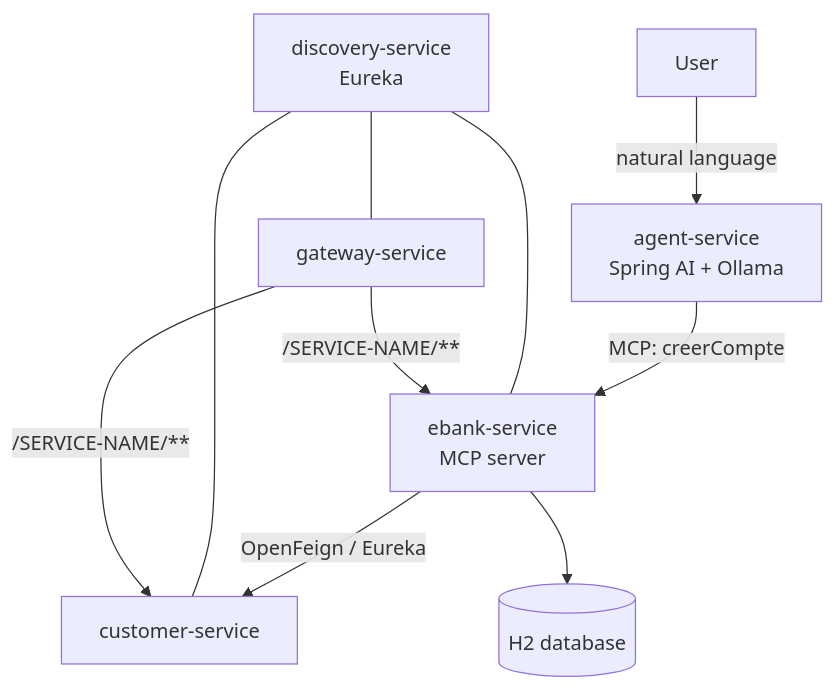
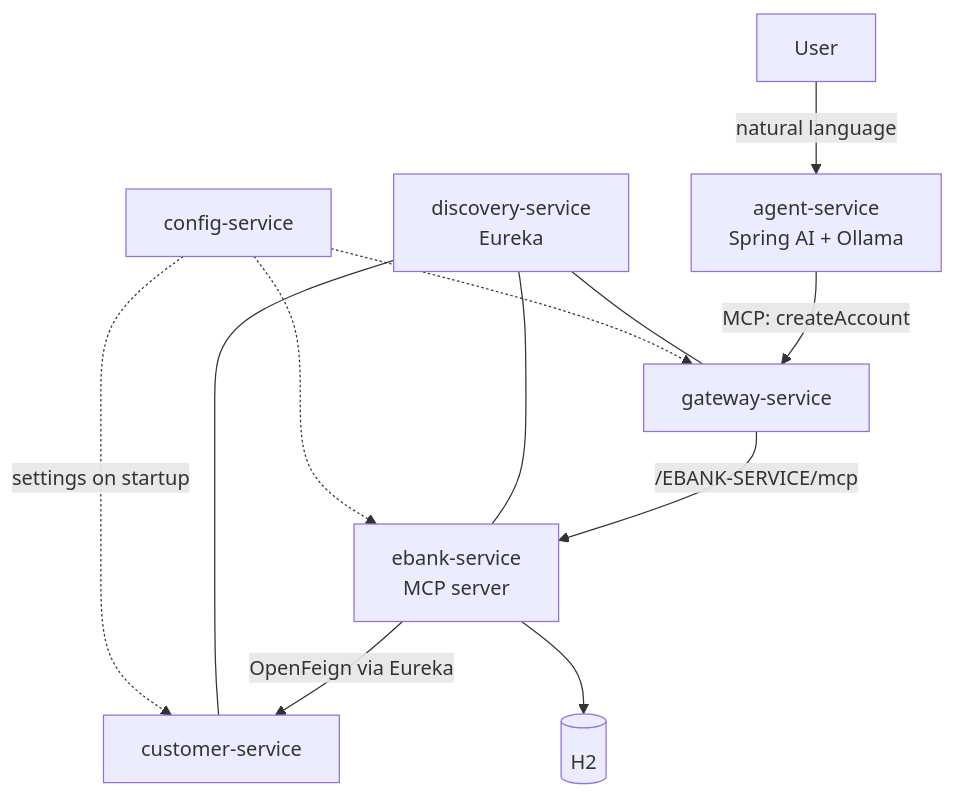
Before and after one commit to Dioumadev221/banking-mcp-agent: the diagram in README.md, drawn with Mermaid. The commit also changed other lines of this file and 81 other files, not shown here.

````diff
--- a/README.md
+++ b/README.md
@@ -29,12 +129,14 @@
 ```mermaid
 graph TD
     User[User] -->|natural language| Agent[agent-service<br/>Spring AI + Ollama]
-    Agent -->|MCP: creerCompte| Ebank[ebank-service<br/>MCP server]
-    Ebank -->|OpenFeign / Eureka| Customer[customer-service]
-    Ebank --> DB[(H2 database)]
+    Agent -->|MCP: createAccount| Gateway[gateway-service]
+    Gateway -->|/EBANK-SERVICE/mcp| Ebank[ebank-service<br/>MCP server]
+    Ebank -->|OpenFeign via Eureka| Customer[customer-service]
+    Ebank --> DB[(H2)]
     Discovery[discovery-service<br/>Eureka] --- Customer
     Discovery --- Ebank
-    Discovery --- Gateway[gateway-service]
-    Gateway -->|/SERVICE-NAME/**| Customer
-    Gateway -->|/SERVICE-NAME/**| Ebank
+    Discovery --- Gateway
+    Config[config-service] -.->|settings on startup| Customer
+    Config -.-> Ebank
+    Config -.-> Gateway
 ```
````
